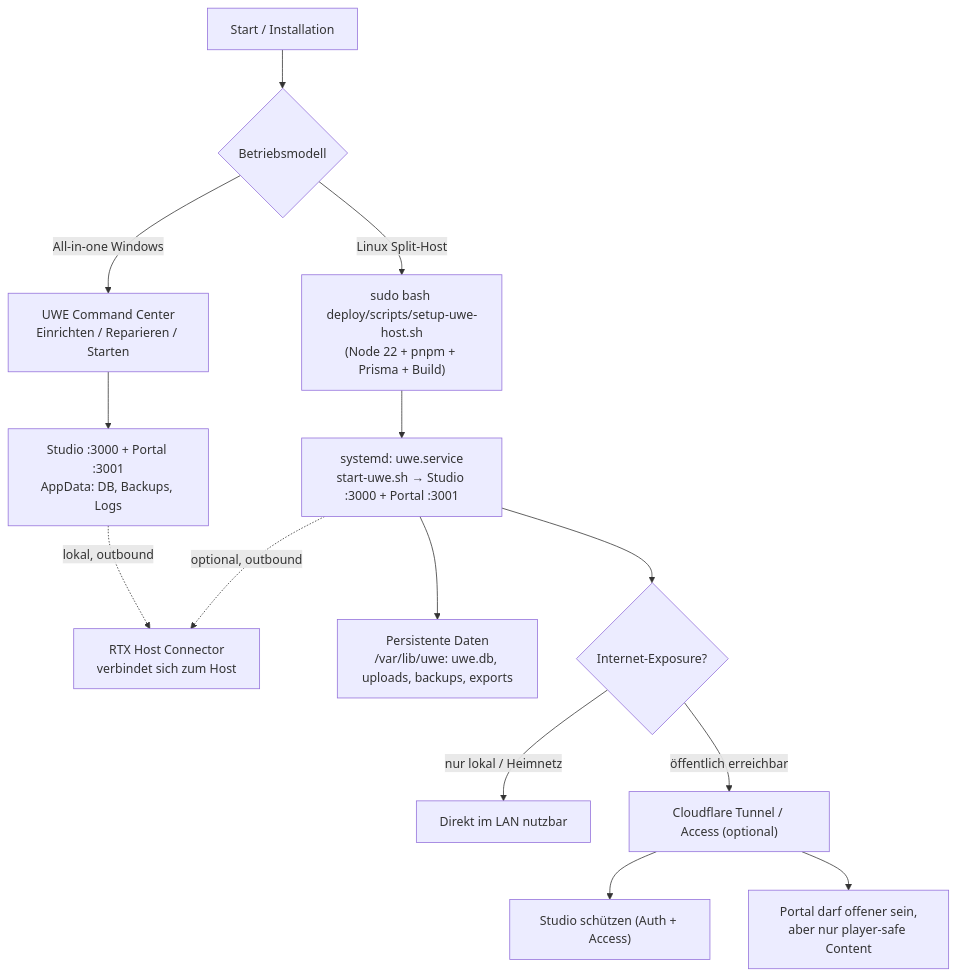
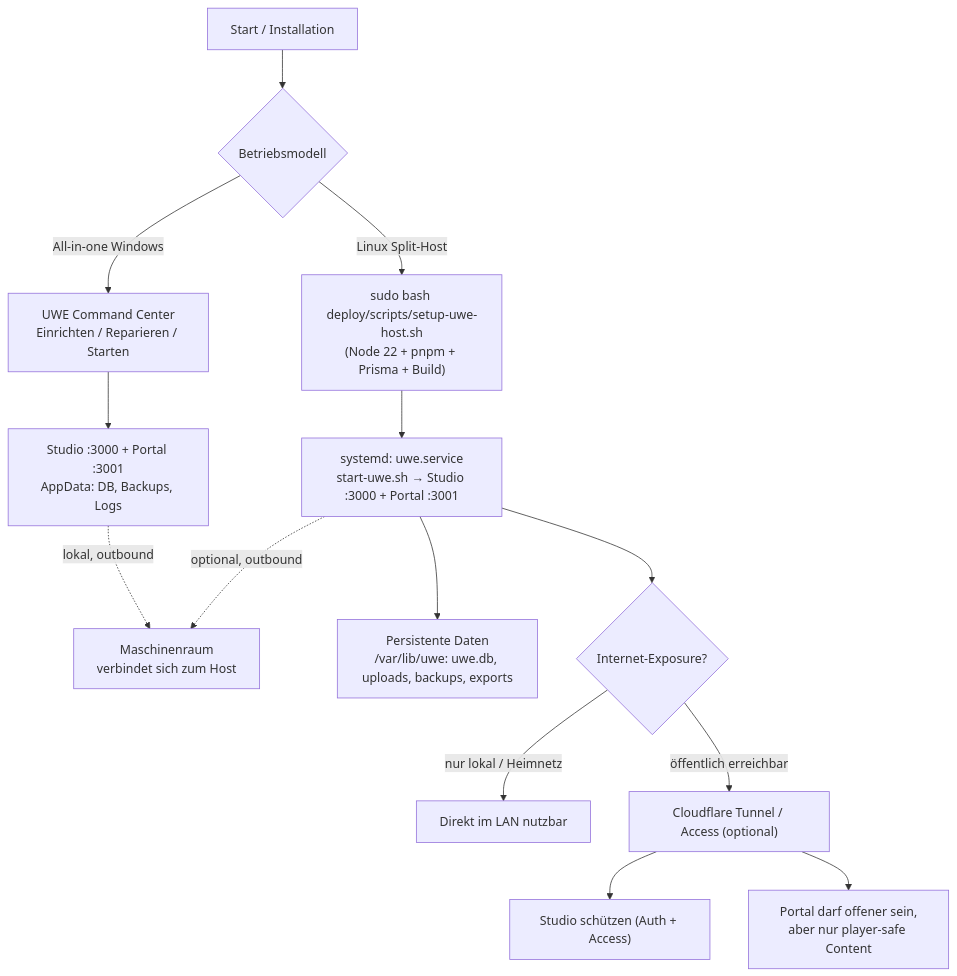
The fifth of 6 diagrams in docs/ARCHITECTURE.md (Nehmo101/UWE), drawn with Mermaid before and after one commit. The commit also changed other lines of this file and 119 other files, not shown here.

First line of the commit message:
feat(command-center): Ersteinrichtungs-Assistent + Umbenennung RTX Connector → Maschinenraum

````diff
--- a/docs/ARCHITECTURE.md
+++ b/docs/ARCHITECTURE.md
@@ -180,22 +180,22 @@
 ```mermaid
 flowchart TD
   Start["Start / Installation"] --> Mode{"Betriebsmodell"}
   Mode -->|All-in-one Windows| CommandCenter["UWE Command Center<br/>Einrichten / Reparieren / Starten"]
   Mode -->|Linux Split-Host| Setup["sudo bash deploy/scripts/setup-uwe-host.sh<br/>(Node 22 + pnpm + Prisma + Build)"]
 
   CommandCenter --> LocalService["Studio :3000 + Portal :3001<br/>AppData: DB, Backups, Logs"]
   LocalService -.->|lokal, outbound| Connector
 
   Setup --> Service["systemd: uwe.service<br/>start-uwe.sh → Studio :3000 + Portal :3001"]
 
   Service --> Data["Persistente Daten<br/>/var/lib/uwe: uwe.db, uploads, backups, exports"]
   Service --> Protection{"Internet-Exposure?"}
 
   Protection -->|nur lokal / Heimnetz| LAN["Direkt im LAN nutzbar"]
   Protection -->|öffentlich erreichbar| Access["Cloudflare Tunnel / Access (optional)"]
 
   Access --> StudioProtected["Studio schützen (Auth + Access)"]
   Access --> PortalPublic["Portal darf offener sein,<br/>aber nur player-safe Content"]
 
-  Service -.->|optional, outbound| Connector["RTX Host Connector<br/>verbindet sich zum Host"]
+  Service -.->|optional, outbound| Connector["Maschinenraum<br/>verbindet sich zum Host"]
 ```
````
